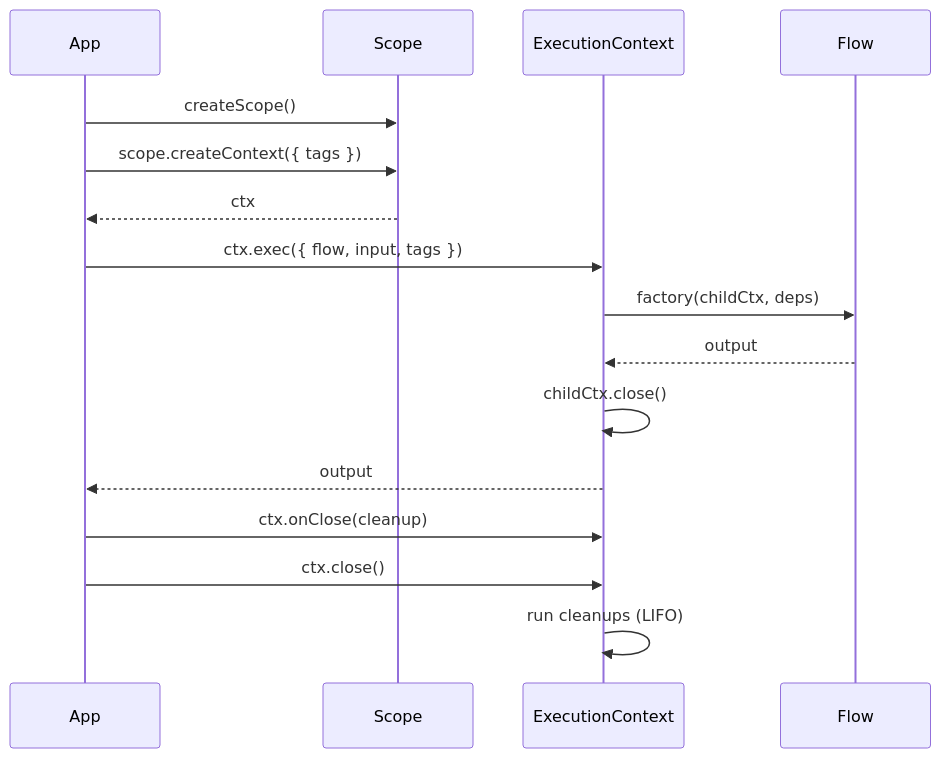
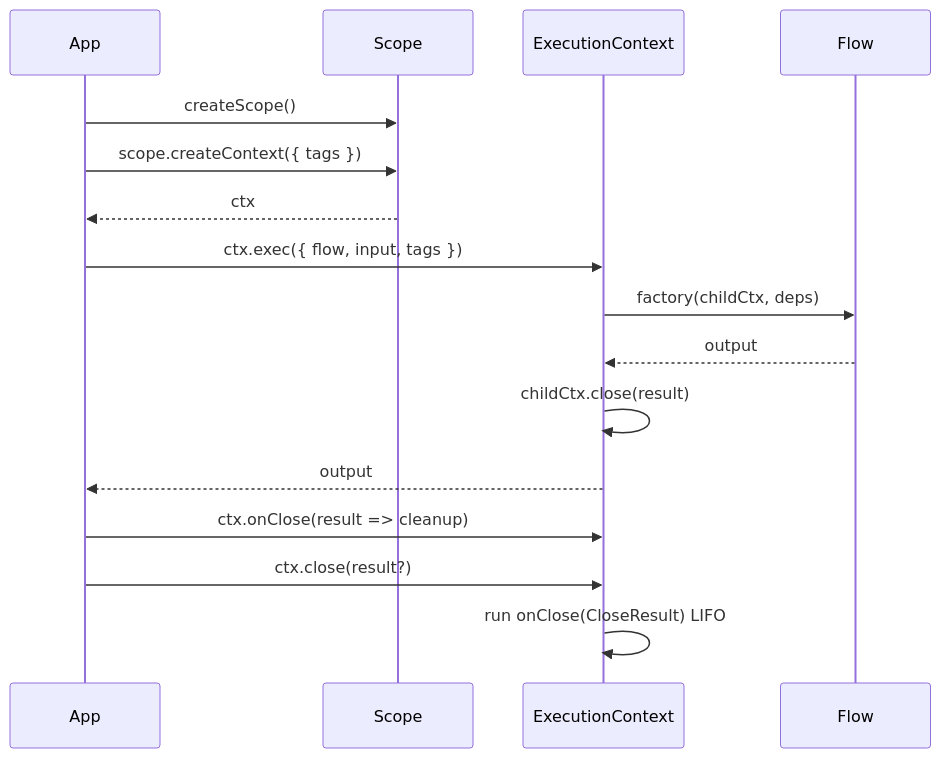
Before and after one commit to pumped-fn/pumped-fn: the first of 11 diagrams in packages/lite/PATTERNS.md, drawn with Mermaid. The commit also changed other lines of this file and 8 other files, not shown here.

First line of the commit message:
feat(lite): CloseResult-aware cleanup and CLI discovery tool

````diff
--- a/packages/lite/PATTERNS.md
+++ b/packages/lite/PATTERNS.md
@@ -11,21 +11,21 @@
 ```mermaid
 sequenceDiagram
     participant App
     participant Scope
     participant Ctx as ExecutionContext
     participant Flow
 
     App->>Scope: createScope()
     App->>Scope: scope.createContext({ tags })
     Scope-->>App: ctx
 
     App->>Ctx: ctx.exec({ flow, input, tags })
     Ctx->>Flow: factory(childCtx, deps)
     Flow-->>Ctx: output
-    Ctx->>Ctx: childCtx.close()
+    Ctx->>Ctx: childCtx.close(result)
     Ctx-->>App: output
 
-    App->>Ctx: ctx.onClose(cleanup)
-    App->>Ctx: ctx.close()
-    Ctx->>Ctx: run cleanups (LIFO)
+    App->>Ctx: ctx.onClose(result => cleanup)
+    App->>Ctx: ctx.close(result?)
+    Ctx->>Ctx: run onClose(CloseResult) LIFO
 ```
````
